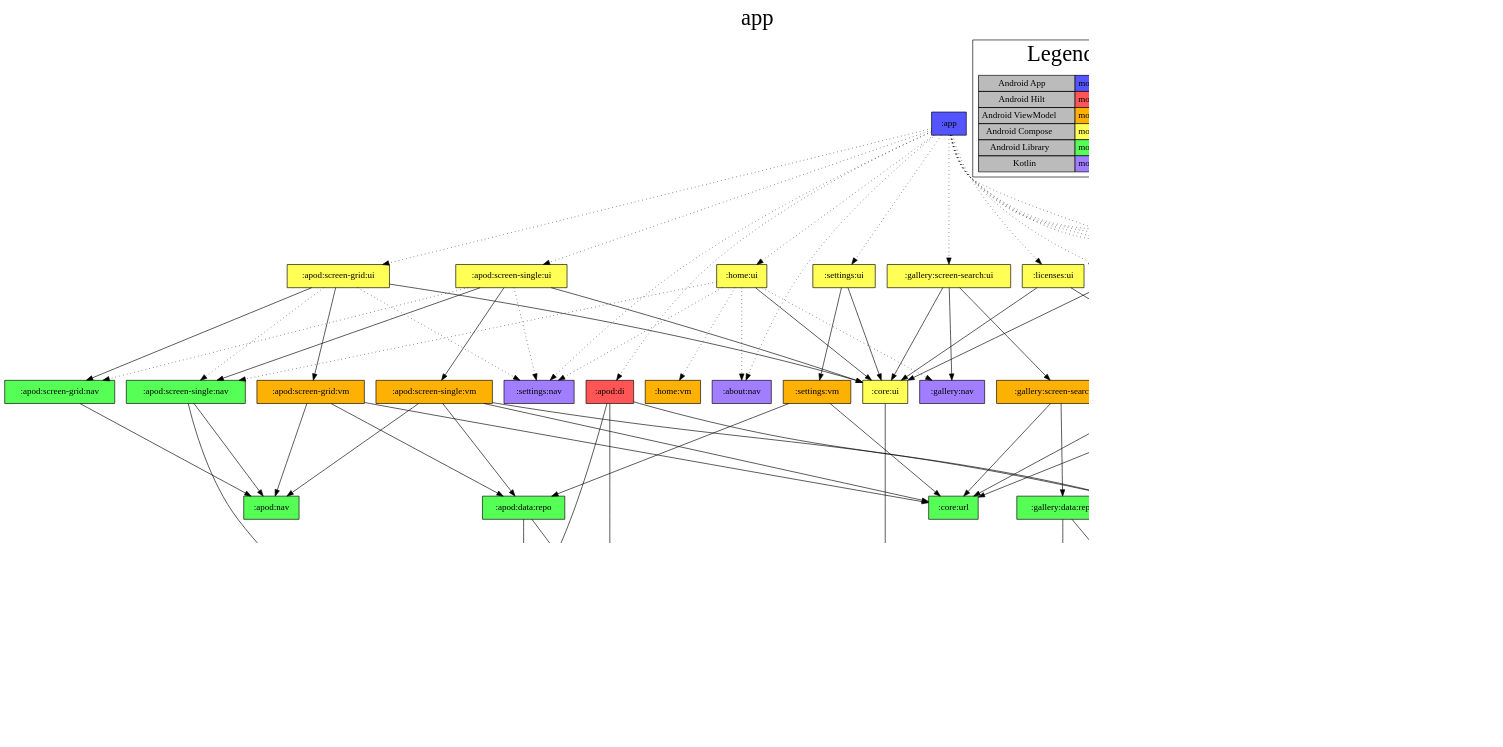
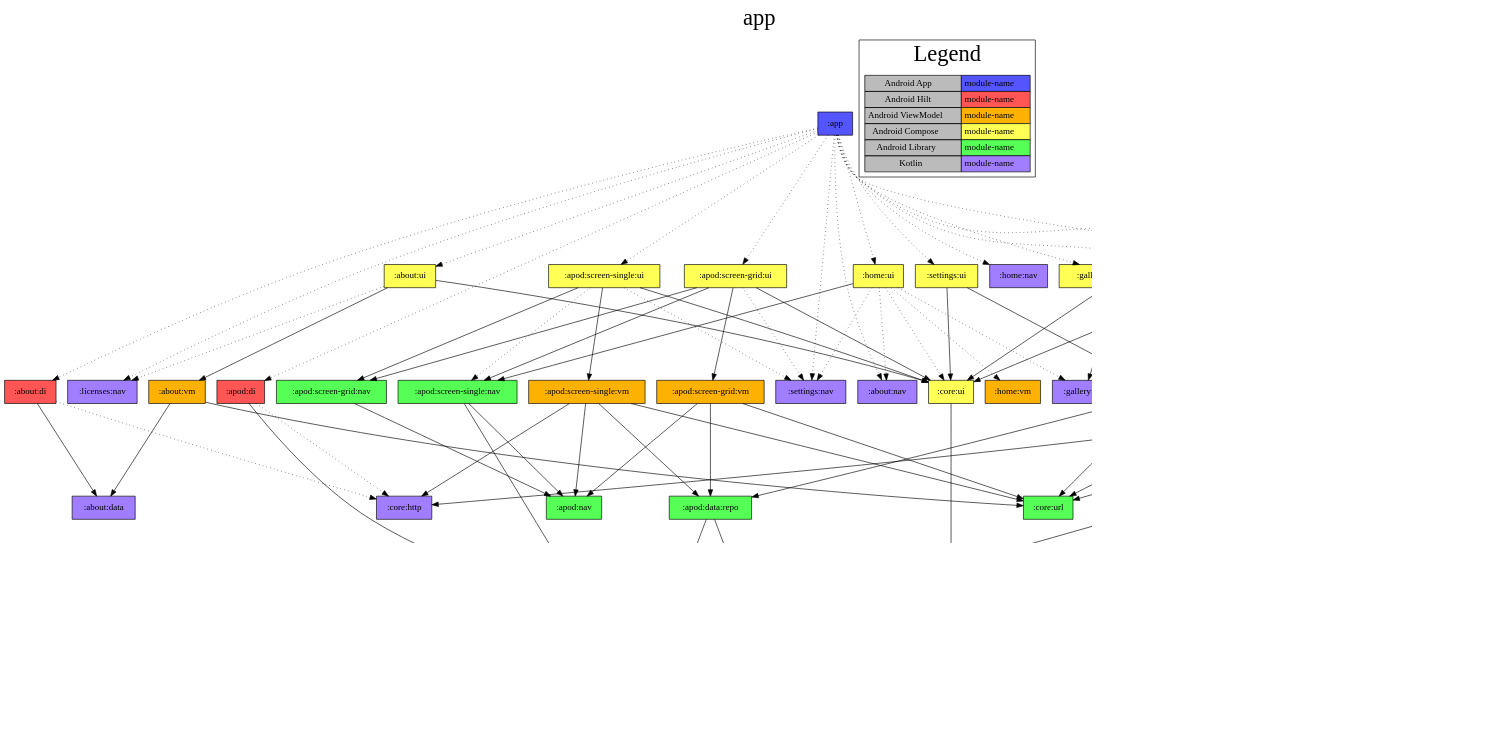
One commit to jonapoul/nasa-android changed the diagram in app/project-dependency-graph.dot. Above: the diagram before and after it, drawn with Graphviz. The commit also changed 47 other files, not shown here.

```diff
--- a/app/project-dependency-graph.dot
+++ b/app/project-dependency-graph.dot
@@ -1,144 +1,147 @@
 digraph {
 edge ["dir"="forward"]
 graph ["dpi"="100","label"="app","labelloc"="t","fontsize"="35","ranksep"="2.0"]
 node ["style"="filled","shape"="box"]
 ":app" ["shape"="rectangle","fillcolor"="#5555FF"]
 ":about:di" ["fillcolor"="#FF5555"]
 ":about:data" ["fillcolor"="#A17EFF"]
 ":core:http" ["fillcolor"="#A17EFF"]
 ":about:nav" ["fillcolor"="#A17EFF"]
 ":about:ui" ["fillcolor"="#FFFF55"]
 ":about:vm" ["fillcolor"="#FCB103"]
 ":core:url" ["fillcolor"="#55FF55"]
 ":core:ui" ["fillcolor"="#FFFF55"]
 ":core:model" ["fillcolor"="#A17EFF"]
 ":licenses:nav" ["fillcolor"="#A17EFF"]
 ":apod:di" ["fillcolor"="#FF5555"]
 ":apod:data:api" ["fillcolor"="#A17EFF"]
 ":apod:model" ["fillcolor"="#A17EFF"]
-":apod:data:db" ["fillcolor"="#55FF55"]
 ":apod:screen-grid:ui" ["fillcolor"="#FFFF55"]
 ":apod:screen-grid:nav" ["fillcolor"="#55FF55"]
 ":apod:nav" ["fillcolor"="#55FF55"]
 ":apod:screen-grid:vm" ["fillcolor"="#FCB103"]
 ":apod:data:repo" ["fillcolor"="#55FF55"]
+":apod:data:db" ["fillcolor"="#55FF55"]
 ":apod:screen-single:nav" ["fillcolor"="#55FF55"]
 ":settings:nav" ["fillcolor"="#A17EFF"]
 ":apod:screen-single:ui" ["fillcolor"="#FFFF55"]
 ":apod:screen-single:vm" ["fillcolor"="#FCB103"]
 ":gallery:di" ["fillcolor"="#FF5555"]
 ":gallery:data:api" ["fillcolor"="#A17EFF"]
 ":gallery:model" ["fillcolor"="#A17EFF"]
 ":gallery:data:db" ["fillcolor"="#55FF55"]
 ":gallery:screen-search:ui" ["fillcolor"="#FFFF55"]
 ":gallery:nav" ["fillcolor"="#A17EFF"]
 ":gallery:screen-search:vm" ["fillcolor"="#FCB103"]
 ":gallery:data:repo" ["fillcolor"="#55FF55"]
 ":home:nav" ["fillcolor"="#A17EFF"]
 ":home:ui" ["fillcolor"="#FFFF55"]
 ":home:vm" ["fillcolor"="#FCB103"]
 ":licenses:di" ["fillcolor"="#FF5555"]
 ":licenses:data" ["fillcolor"="#A17EFF"]
 ":licenses:ui" ["fillcolor"="#FFFF55"]
 ":licenses:vm" ["fillcolor"="#FCB103"]
 ":settings:ui" ["fillcolor"="#FFFF55"]
 ":settings:vm" ["fillcolor"="#FCB103"]
+":core:db" ["fillcolor"="#55FF55"]
 {
 edge ["dir"="none"]
 graph ["rank"="same"]
 ":app"
 }
 subgraph "cluster_legend" {
 edge ["dir"="none"]
 graph ["label"="Legend"]
 "Legend" ["style"="filled","fillcolor"="#bbbbbb","shape"="none","margin"="0","label"=<
 <TABLE BORDER="0" CELLBORDER="1" CELLSPACING="0" CELLPADDING="4">
 <TR><TD>Android App</TD><TD BGCOLOR="#5555FF">module-name</TD></TR>
 <TR><TD>Android Hilt</TD><TD BGCOLOR="#FF5555">module-name</TD></TR>
 <TR><TD>Android ViewModel</TD><TD BGCOLOR="#FCB103">module-name</TD></TR>
 <TR><TD>Android Compose</TD><TD BGCOLOR="#FFFF55">module-name</TD></TR>
 <TR><TD>Android Library</TD><TD BGCOLOR="#55FF55">module-name</TD></TR>
 <TR><TD>Kotlin</TD><TD BGCOLOR="#A17EFF">module-name</TD></TR>
 </TABLE>
 >]
 }
 ":app" -> ":about:di" ["style"="dotted"]
 ":app" -> ":about:nav" ["style"="dotted"]
 ":app" -> ":about:ui" ["style"="dotted"]
 ":app" -> ":apod:di" ["style"="dotted"]
 ":app" -> ":apod:screen-grid:ui" ["style"="dotted"]
 ":app" -> ":apod:screen-single:ui" ["style"="dotted"]
 ":app" -> ":gallery:di" ["style"="dotted"]
 ":app" -> ":gallery:screen-search:ui" ["style"="dotted"]
 ":app" -> ":home:nav" ["style"="dotted"]
 ":app" -> ":home:ui" ["style"="dotted"]
 ":app" -> ":licenses:di" ["style"="dotted"]
 ":app" -> ":licenses:nav" ["style"="dotted"]
 ":app" -> ":licenses:ui" ["style"="dotted"]
 ":app" -> ":settings:nav" ["style"="dotted"]
 ":app" -> ":settings:ui" ["style"="dotted"]
 ":about:di" -> ":about:data"
-":about:di" -> ":core:http"
+":about:di" -> ":core:http" ["style"="dotted"]
 ":about:ui" -> ":about:vm"
 ":about:ui" -> ":core:ui"
 ":about:ui" -> ":licenses:nav" ["style"="dotted"]
 ":about:vm" -> ":about:data"
 ":about:vm" -> ":core:url"
 ":core:ui" -> ":core:model"
 ":apod:di" -> ":apod:data:api"
-":apod:di" -> ":apod:data:db"
-":apod:di" -> ":core:http"
+":apod:di" -> ":core:http" ["style"="dotted"]
 ":apod:data:api" -> ":apod:model"
 ":apod:data:api" -> ":core:model"
-":apod:data:db" -> ":apod:model"
 ":apod:screen-grid:ui" -> ":apod:screen-grid:nav"
 ":apod:screen-grid:ui" -> ":apod:screen-grid:vm"
+":apod:screen-grid:ui" -> ":apod:screen-single:nav"
 ":apod:screen-grid:ui" -> ":core:ui"
-":apod:screen-grid:ui" -> ":apod:screen-single:nav" ["style"="dotted"]
 ":apod:screen-grid:ui" -> ":settings:nav" ["style"="dotted"]
 ":apod:screen-grid:nav" -> ":apod:nav"
 ":apod:screen-grid:vm" -> ":apod:data:repo"
 ":apod:screen-grid:vm" -> ":apod:nav"
 ":apod:screen-grid:vm" -> ":core:url"
 ":apod:data:repo" -> ":apod:data:api"
 ":apod:data:repo" -> ":apod:data:db"
+":apod:data:db" -> ":apod:model"
 ":apod:screen-single:nav" -> ":apod:model"
 ":apod:screen-single:nav" -> ":apod:nav"
-":apod:screen-single:ui" -> ":apod:screen-single:nav"
+":apod:screen-single:ui" -> ":apod:screen-grid:nav"
 ":apod:screen-single:ui" -> ":apod:screen-single:vm"
 ":apod:screen-single:ui" -> ":core:ui"
-":apod:screen-single:ui" -> ":apod:screen-grid:nav" ["style"="dotted"]
+":apod:screen-single:ui" -> ":apod:screen-single:nav" ["style"="dotted"]
 ":apod:screen-single:ui" -> ":settings:nav" ["style"="dotted"]
 ":apod:screen-single:vm" -> ":apod:data:repo"
 ":apod:screen-single:vm" -> ":apod:nav"
 ":apod:screen-single:vm" -> ":core:http"
 ":apod:screen-single:vm" -> ":core:url"
 ":gallery:di" -> ":gallery:data:api"
 ":gallery:di" -> ":gallery:data:db"
 ":gallery:di" -> ":core:http"
+":gallery:di" -> ":core:model" ["style"="dotted"]
 ":gallery:data:api" -> ":gallery:model"
-":gallery:data:api" -> ":core:model"
 ":gallery:data:db" -> ":gallery:model"
 ":gallery:screen-search:ui" -> ":gallery:nav"
 ":gallery:screen-search:ui" -> ":gallery:screen-search:vm"
 ":gallery:screen-search:ui" -> ":core:ui"
 ":gallery:screen-search:vm" -> ":gallery:data:repo"
 ":gallery:screen-search:vm" -> ":core:url"
 ":gallery:data:repo" -> ":gallery:data:api"
 ":gallery:data:repo" -> ":gallery:data:db"
-":home:ui" -> ":core:ui"
+":home:ui" -> ":apod:screen-single:nav"
 ":home:ui" -> ":about:nav" ["style"="dotted"]
-":home:ui" -> ":apod:screen-single:nav" ["style"="dotted"]
+":home:ui" -> ":core:ui" ["style"="dotted"]
 ":home:ui" -> ":gallery:nav" ["style"="dotted"]
 ":home:ui" -> ":home:vm" ["style"="dotted"]
 ":home:ui" -> ":settings:nav" ["style"="dotted"]
 ":licenses:di" -> ":licenses:data"
 ":licenses:ui" -> ":core:ui"
 ":licenses:ui" -> ":licenses:vm"
 ":licenses:vm" -> ":core:url"
 ":licenses:vm" -> ":licenses:data"
 ":settings:ui" -> ":core:ui"
 ":settings:ui" -> ":settings:vm"
+":settings:vm" -> ":core:db"
 ":settings:vm" -> ":core:url"
 ":settings:vm" -> ":apod:data:repo"
+":core:db" -> ":apod:data:db"
+":core:db" -> ":gallery:data:db"
 }
```
